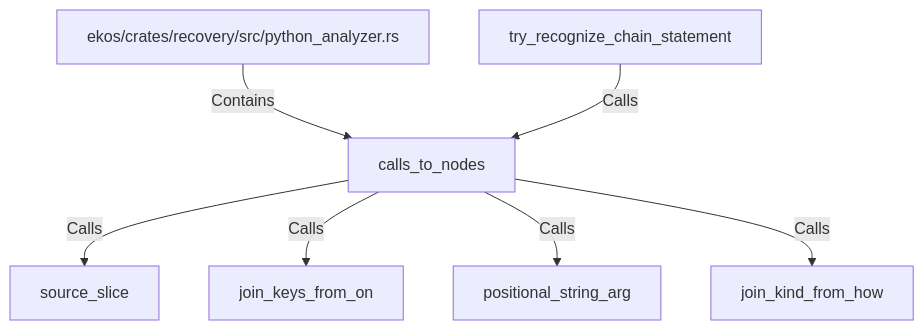
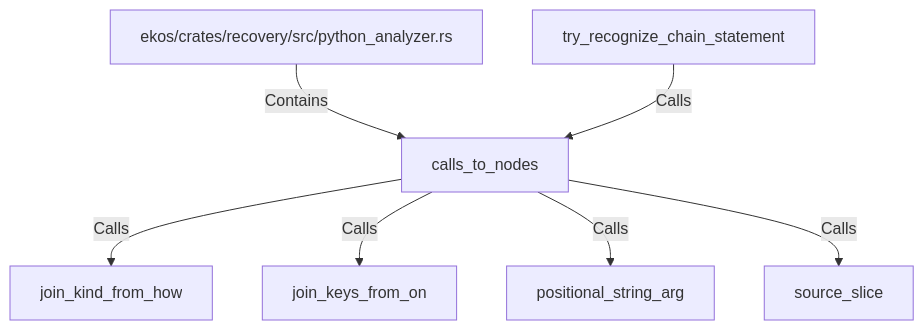
One commit to alexeyban/EKOS changed the diagram in doc/entities/rustsymbol/ca/calls-to-nodes.md. Above: the diagram before and after it, drawn with Mermaid. The commit also changed other lines of this file and 552 other files, not shown here.

````diff
--- a/doc/entities/rustsymbol/ca/calls-to-nodes.md
+++ b/doc/entities/rustsymbol/ca/calls-to-nodes.md
@@ -25,16 +25,16 @@
 ```mermaid
 graph TD
     n73d9612b4af45e0fb10fddfc27015e27["calls_to_nodes"]
     n196ca3fde85c5ab9a14250f63dc586b9["ekos/crates/recovery/src/python_analyzer.rs"]
     n196ca3fde85c5ab9a14250f63dc586b9 -->|Contains| n73d9612b4af45e0fb10fddfc27015e27
     n1c28e11791f6543a95284a070d7a4528["try_recognize_chain_statement"]
     n1c28e11791f6543a95284a070d7a4528 -->|Calls| n73d9612b4af45e0fb10fddfc27015e27
-    n2af471f9745a5e899438e13d5973a397["source_slice"]
-    n73d9612b4af45e0fb10fddfc27015e27 -->|Calls| n2af471f9745a5e899438e13d5973a397
+    n50c6eef6d1fe5900af7a31a4ef604197["join_kind_from_how"]
+    n73d9612b4af45e0fb10fddfc27015e27 -->|Calls| n50c6eef6d1fe5900af7a31a4ef604197
     n340e949592d156c4adb1a881b61f5e07["join_keys_from_on"]
     n73d9612b4af45e0fb10fddfc27015e27 -->|Calls| n340e949592d156c4adb1a881b61f5e07
     nc82e0ed6c5175eb489874cf896e0b597["positional_string_arg"]
     n73d9612b4af45e0fb10fddfc27015e27 -->|Calls| nc82e0ed6c5175eb489874cf896e0b597
-    n50c6eef6d1fe5900af7a31a4ef604197["join_kind_from_how"]
-    n73d9612b4af45e0fb10fddfc27015e27 -->|Calls| n50c6eef6d1fe5900af7a31a4ef604197
+    n2af471f9745a5e899438e13d5973a397["source_slice"]
+    n73d9612b4af45e0fb10fddfc27015e27 -->|Calls| n2af471f9745a5e899438e13d5973a397
 ```
````
